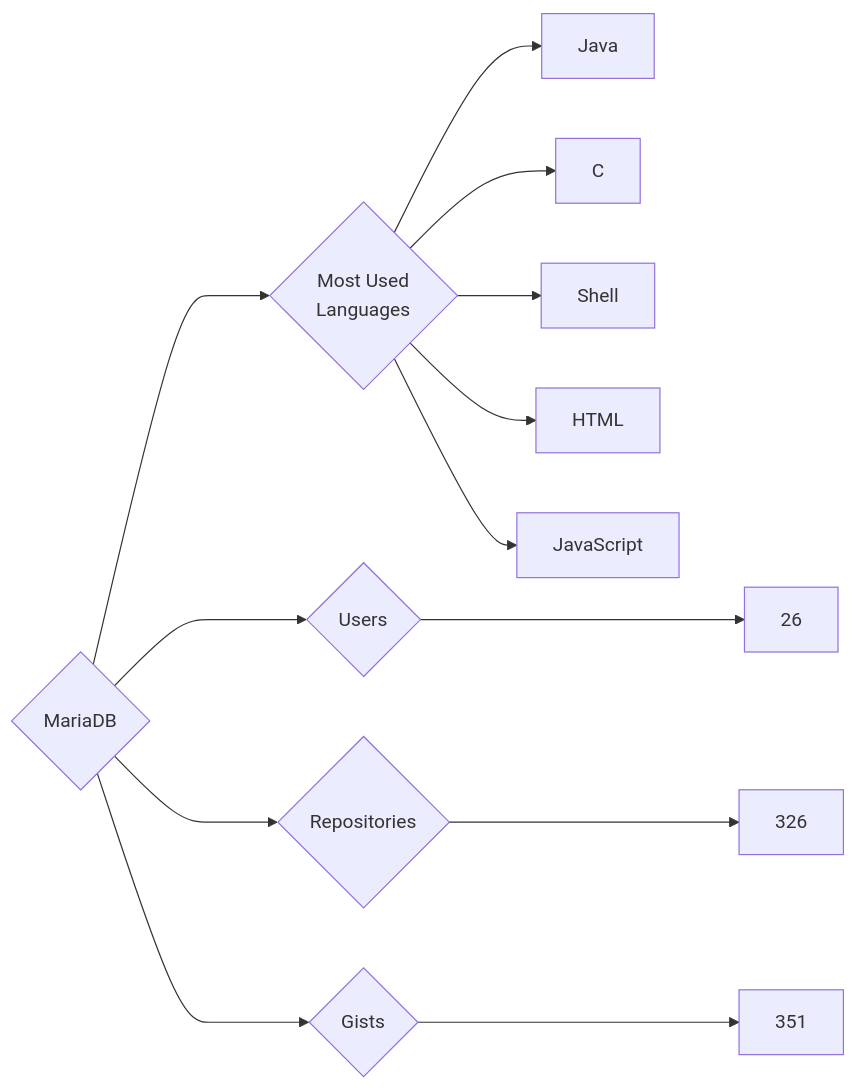
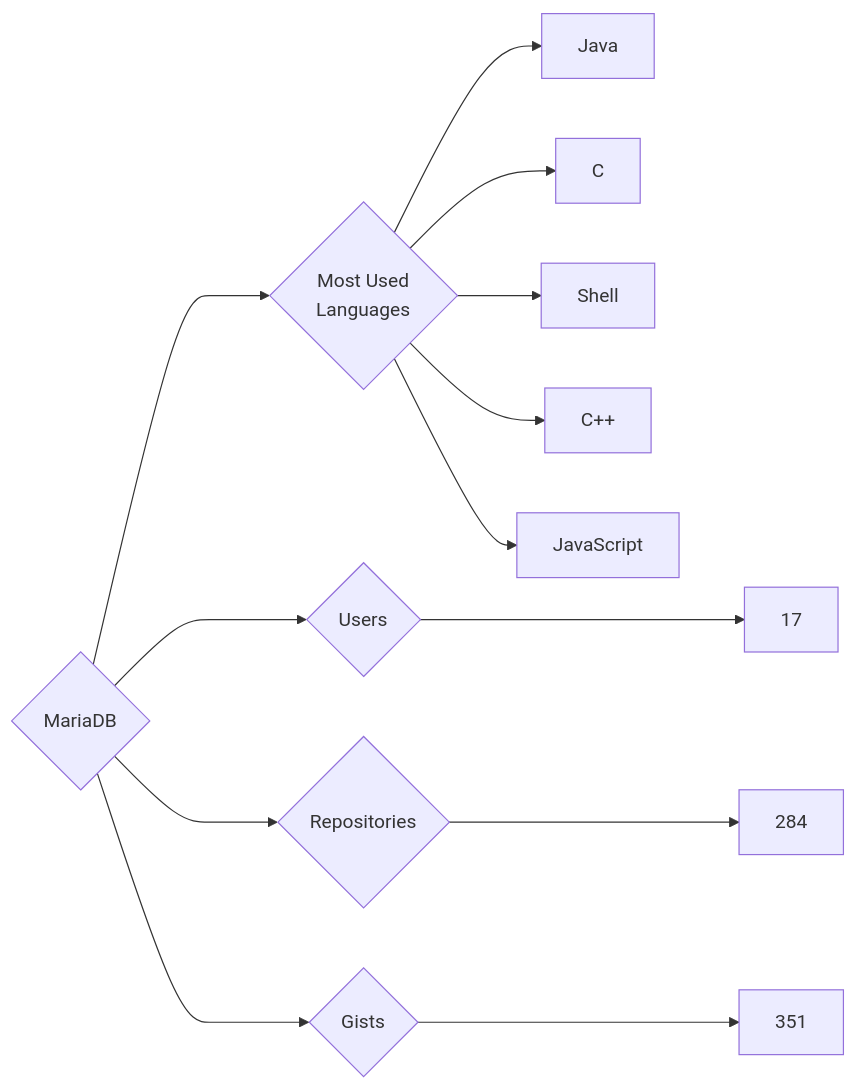
One commit to trickest/insiders changed the diagram in targets/MariaDB/README.md. Above: the diagram before and after it, drawn with Mermaid. The commit also changed 870 other files, not shown here.

````diff
--- a/targets/MariaDB/README.md
+++ b/targets/MariaDB/README.md
@@ -3,13 +3,13 @@
 ```mermaid
 graph LR
 COMPANY_NAME{MariaDB}
-COMPANY_NAME ---> U{Users} ---> UN[26]
-COMPANY_NAME ---> R{Repositories} ---> RN[326]
+COMPANY_NAME ---> U{Users} ---> UN[17]
+COMPANY_NAME ---> R{Repositories} ---> RN[284]
 COMPANY_NAME ---> G{Gists} ---> GN[351]
 COMPANY_NAME ---> ML{Most Used<br>Languages}
 ML --> Java[Java]
 ML --> C[C]
 ML --> Shell[Shell]
-ML --> HTML[HTML]
+ML --> C++[C++]
 ML --> JavaScript[JavaScript]
 ```
````
